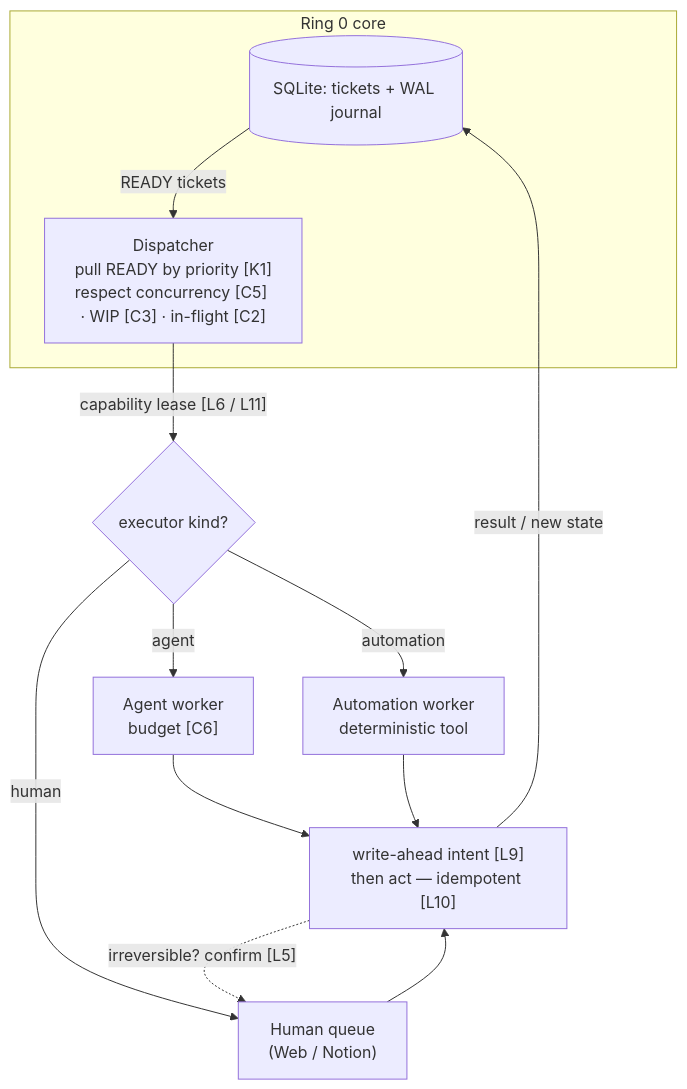
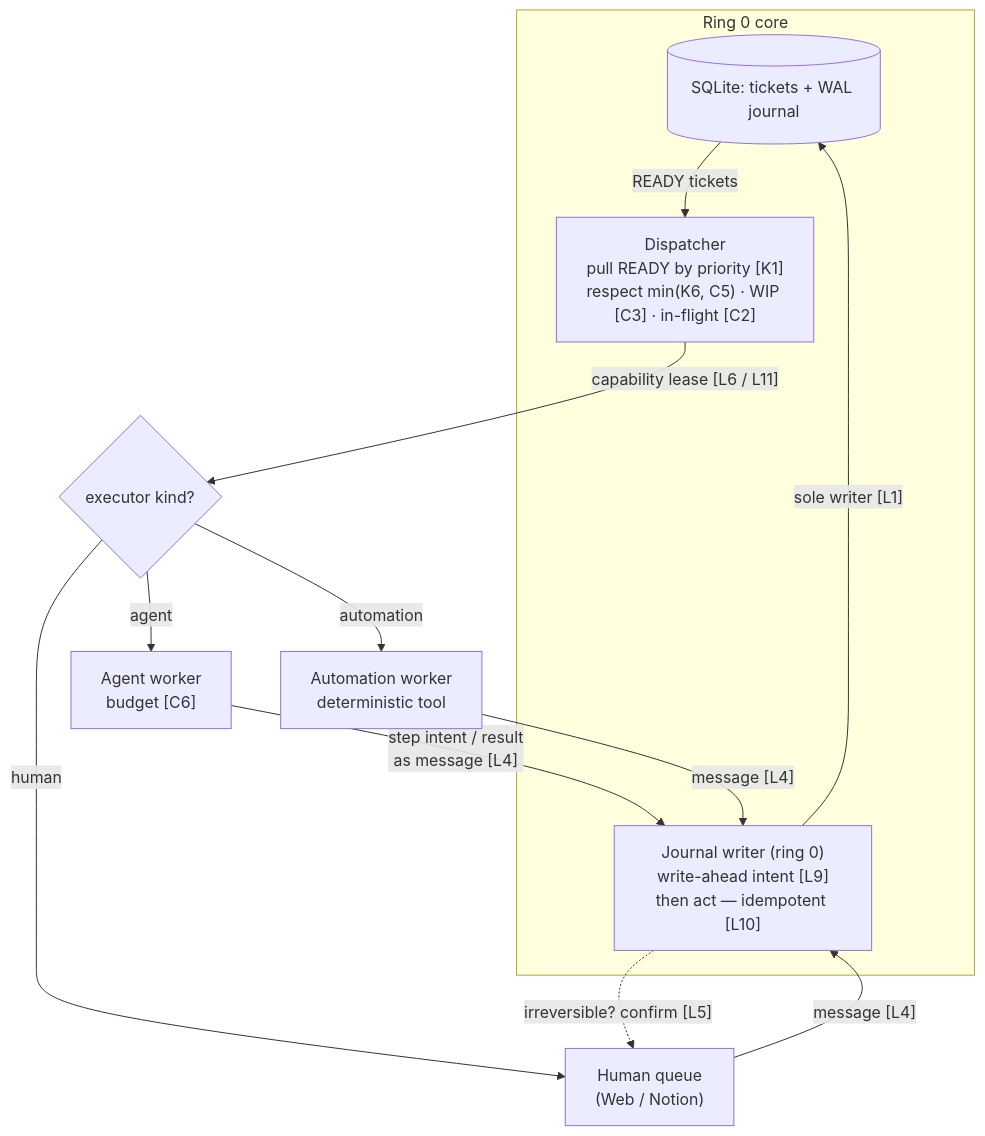
The second of 2 diagrams in docs/adr/ADR-0003-execution-orchestration.md (CarlosBurrlos/my-simple-day-os), drawn with Mermaid before and after one commit. The commit also changed other lines of this file, not shown here.

````diff
--- a/docs/adr/ADR-0003-execution-orchestration.md
+++ b/docs/adr/ADR-0003-execution-orchestration.md
@@ -107,17 +110,18 @@
 ```mermaid
 flowchart TB
     subgraph core["Ring 0 core"]
         sor[("SQLite: tickets + WAL journal")]
-        disp["Dispatcher<br/>pull READY by priority [K1]<br/>respect concurrency [C5] · WIP [C3] · in-flight [C2]"]
+        disp["Dispatcher<br/>pull READY by priority [K1]<br/>respect min(K6, C5) · WIP [C3] · in-flight [C2]"]
+        jrnl["Journal writer (ring 0)<br/>write-ahead intent [L9]<br/>then act — idempotent [L10]"]
     end
     sor -- "READY tickets" --> disp
     disp -- "capability lease [L6 / L11]" --> route{"executor kind?"}
     route -- "agent" --> wa["Agent worker<br/>budget [C6]"]
     route -- "automation" --> wt["Automation worker<br/>deterministic tool"]
     route -- "human" --> wh["Human queue<br/>(Web / Notion)"]
-    wa --> jrnl["write-ahead intent [L9]<br/>then act — idempotent [L10]"]
-    wt --> jrnl
-    wh --> jrnl
-    jrnl -- "result / new state" --> sor
+    wa -- "step intent / result<br/>as message [L4]" --> jrnl
+    wt -- "message [L4]" --> jrnl
+    wh -- "message [L4]" --> jrnl
+    jrnl -- "sole writer [L1]" --> sor
     jrnl -. "irreversible? confirm [L5]" .-> wh
 ```
````
